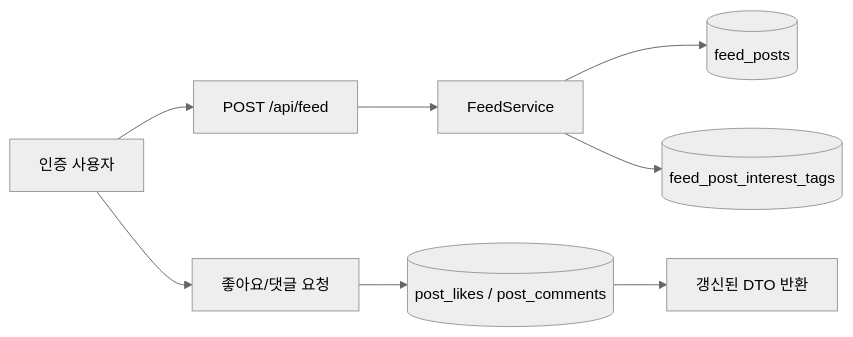
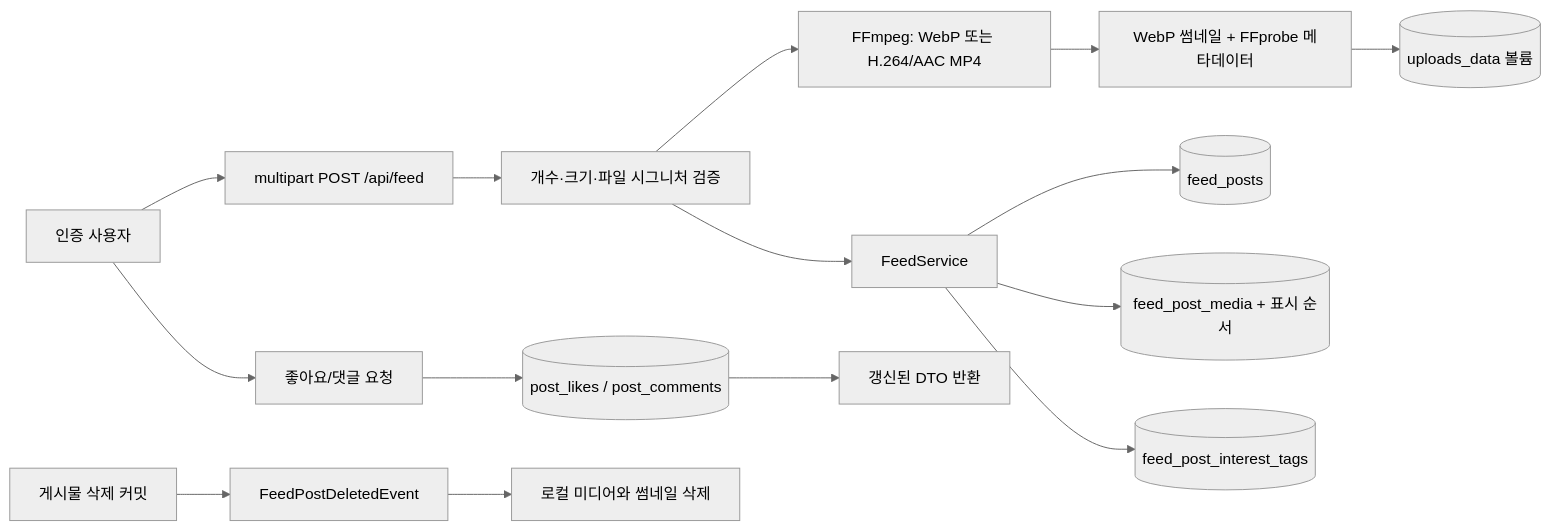
The second of 6 diagrams in docs/04-data-flows.md (gitUserKHS/talk_with_neighbors_back), drawn with Mermaid (neutral theme) before and after one commit. The commit also changed other lines of this file and 49 other files, not shown here.

````diff
--- a/docs/04-data-flows.md
+++ b/docs/04-data-flows.md
@@ -27,10 +27,17 @@
 ```mermaid
 flowchart LR
-    A["인증 사용자"] --> B["POST /api/feed"]
-    B --> C["FeedService"]
+    A["인증 사용자"] --> B["multipart POST /api/feed"]
+    B --> V["개수·크기·파일 시그니처 검증"]
+    V --> P["FFmpeg: WebP 또는 H.264/AAC MP4"]
+    P --> T["WebP 썸네일 + FFprobe 메타데이터"]
+    T --> S[("uploads_data 볼륨")]
+    V --> C["FeedService"]
     C --> D[("feed_posts")]
+    C --> M[("feed_post_media + 표시 순서")]
     C --> E[("feed_post_interest_tags")]
+    X["게시물 삭제 커밋"] --> Y["FeedPostDeletedEvent"]
+    Y --> Z["로컬 미디어와 썸네일 삭제"]
     A --> F["좋아요/댓글 요청"]
     F --> G[("post_likes / post_comments")]
     G --> H["갱신된 DTO 반환"]
 ```
````
